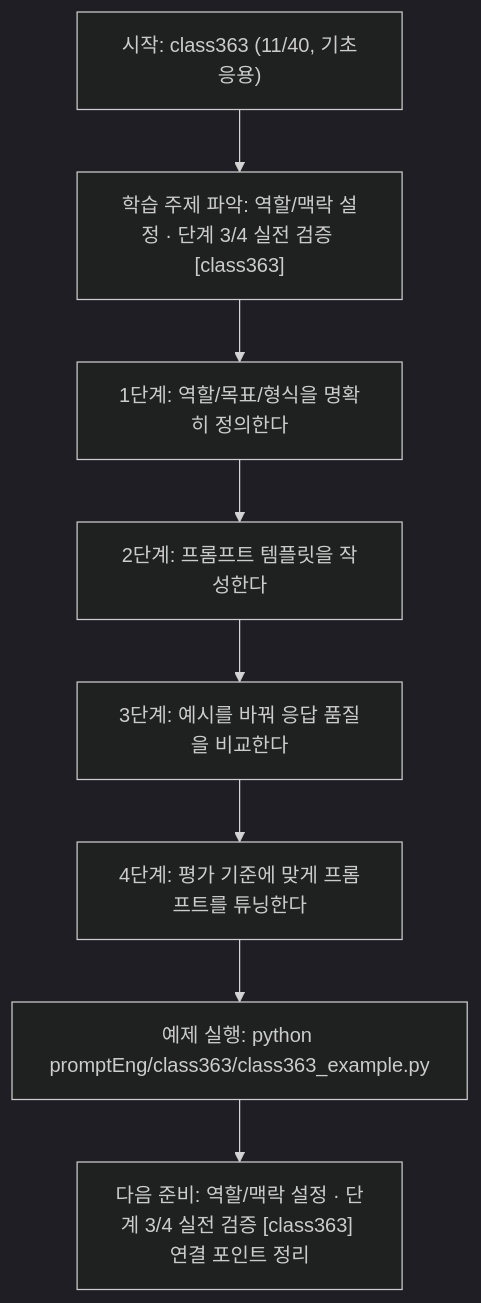
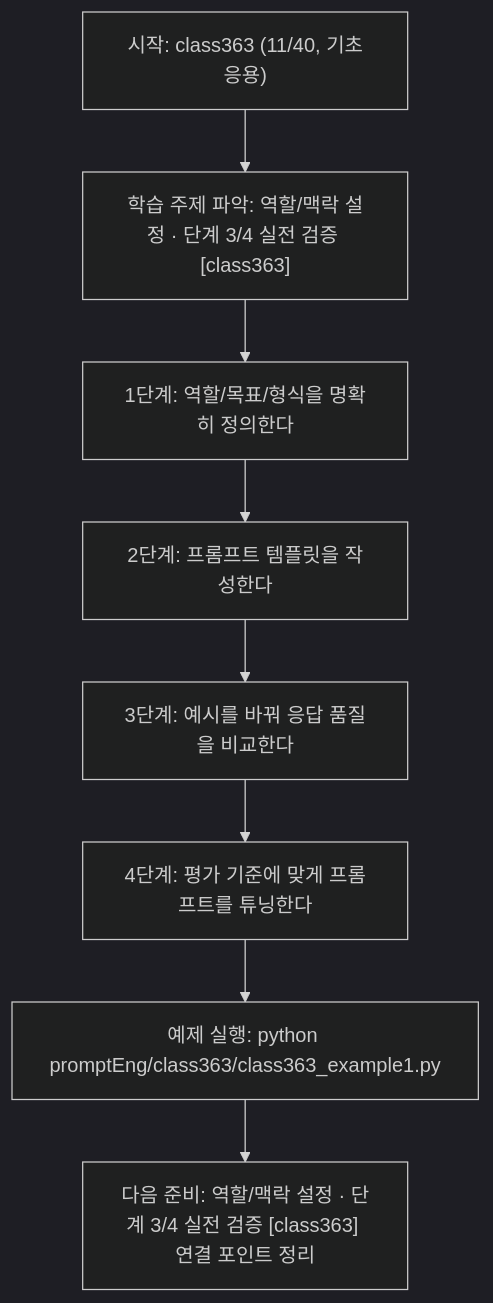
The diagram in promptEng/class363/class363.md (edumgt/Python-AI_Agent-Class), drawn with Mermaid (dark theme) before and after one commit. The commit also changed other lines of this file and 2959 other files, not shown here.

````diff
--- a/promptEng/class363/class363.md
+++ b/promptEng/class363/class363.md
@@ -110,18 +110,18 @@
 ```mermaid
 flowchart TD
 N1["시작: class363 (11/40, 기초응용)"]
 N2["학습 주제 파악: 역할/맥락 설정 · 단계 3/4 실전 검증 [class363]"]
 N3["1단계: 역할/목표/형식을 명확히 정의한다"]
 N4["2단계: 프롬프트 템플릿을 작성한다"]
 N5["3단계: 예시를 바꿔 응답 품질을 비교한다"]
 N6["4단계: 평가 기준에 맞게 프롬프트를 튜닝한다"]
-N7["예제 실행: python promptEng/class363/class363_example.py"]
+N7["예제 실행: python promptEng/class363/class363_example1.py"]
 N8["다음 준비: 역할/맥락 설정 · 단계 3/4 실전 검증 [class363] 연결 포인트 정리"]
 N1 --> N2
 N2 --> N3
 N3 --> N4
 N4 --> N5
 N5 --> N6
 N6 --> N7
 N7 --> N8
 ```
````
